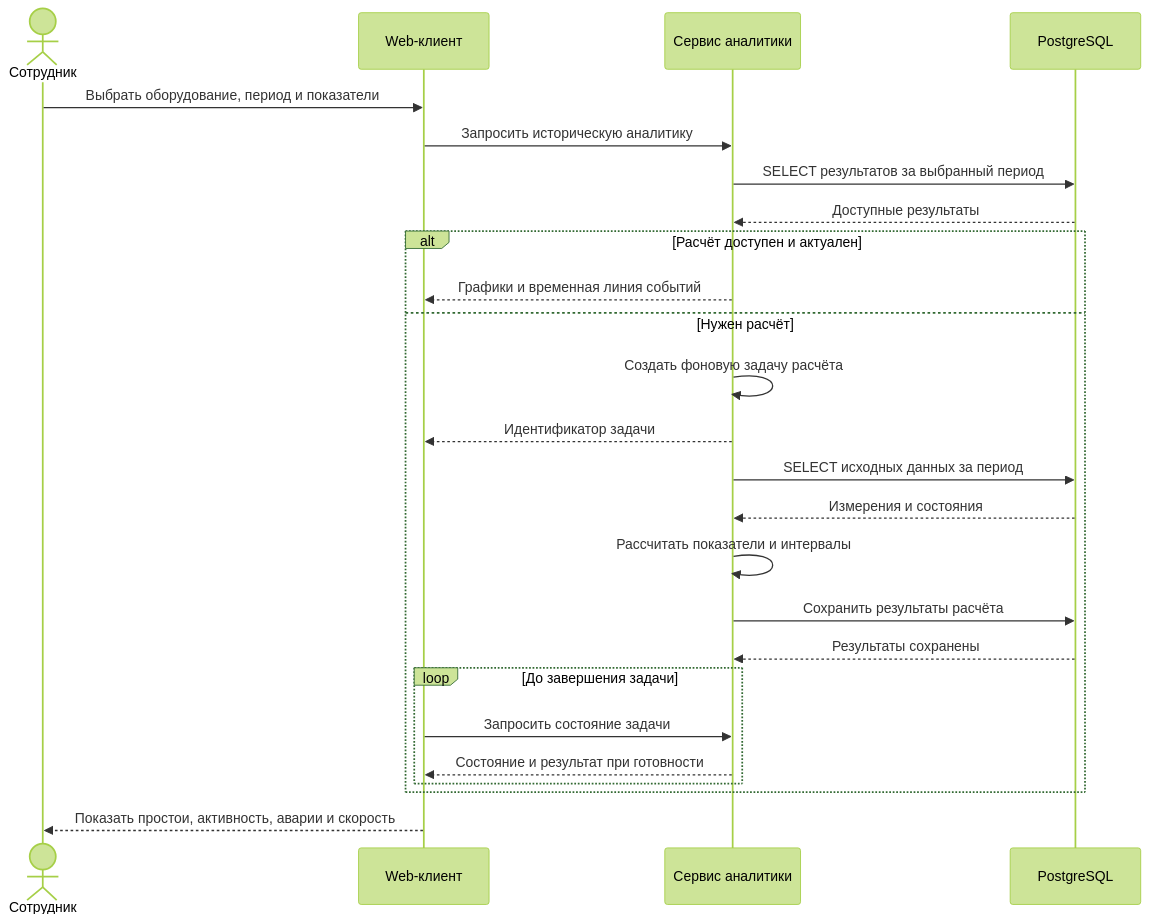
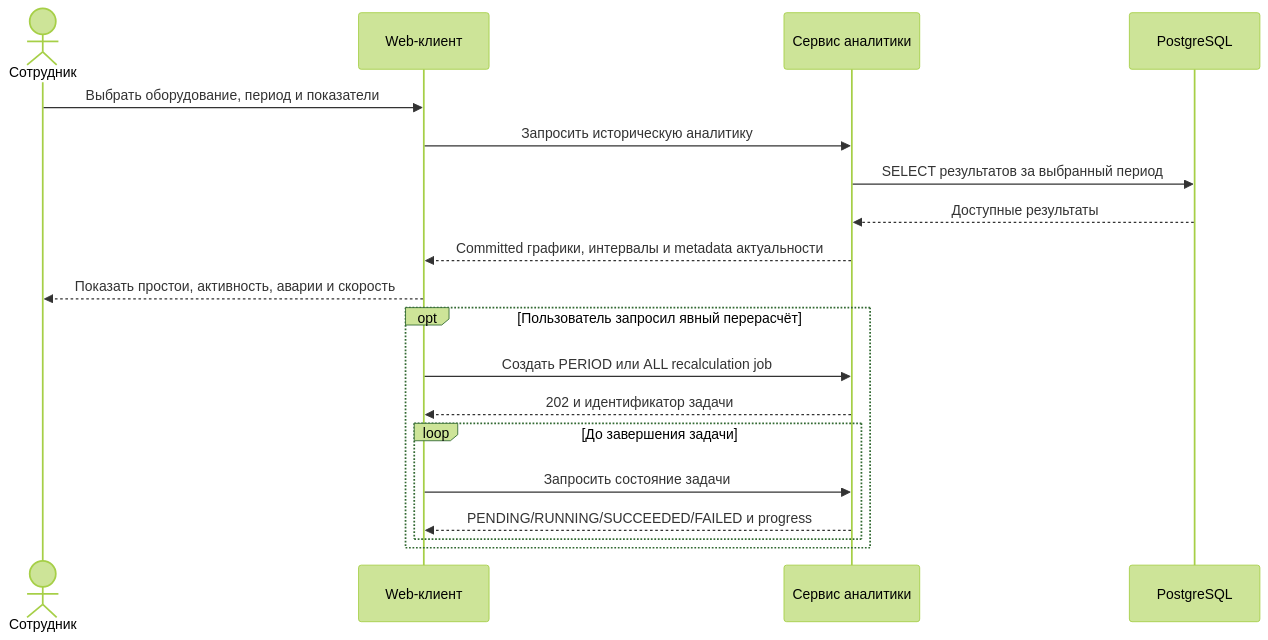
The fifth of 8 diagrams in docs/architecture/fkit-bi-architecture.md (FKIT-BI/fkit-bi-infra), drawn with Mermaid (forest theme) before and after one commit. The commit also changed other lines of this file and 141 other files, not shown here.

Commit message:
docs(architecture): record backend and analytics specifications

````diff
--- a/docs/architecture/fkit-bi-architecture.md
+++ b/docs/architecture/fkit-bi-architecture.md
@@ -214,27 +214,21 @@
 ```mermaid
 sequenceDiagram
     actor U as Сотрудник
     participant W as Web-клиент
     participant B as Сервис аналитики
     participant D as PostgreSQL
     U->>W: Выбрать оборудование, период и показатели
     W->>B: Запросить историческую аналитику
     B->>D: SELECT результатов за выбранный период
     D-->>B: Доступные результаты
-    alt Расчёт доступен и актуален
-        B-->>W: Графики и временная линия событий
-    else Нужен расчёт
-        B->>B: Создать фоновую задачу расчёта
-        B-->>W: Идентификатор задачи
-        B->>D: SELECT исходных данных за период
-        D-->>B: Измерения и состояния
-        B->>B: Рассчитать показатели и интервалы
-        B->>D: Сохранить результаты расчёта
-        D-->>B: Результаты сохранены
+    B-->>W: Committed графики, интервалы и metadata актуальности
+    W-->>U: Показать простои, активность, аварии и скорость
+    opt Пользователь запросил явный перерасчёт
+        W->>B: Создать PERIOD или ALL recalculation job
+        B-->>W: 202 и идентификатор задачи
         loop До завершения задачи
             W->>B: Запросить состояние задачи
-            B-->>W: Состояние и результат при готовности
+            B-->>W: PENDING/RUNNING/SUCCEEDED/FAILED и progress
         end
     end
-    W-->>U: Показать простои, активность, аварии и скорость
 ```
````
